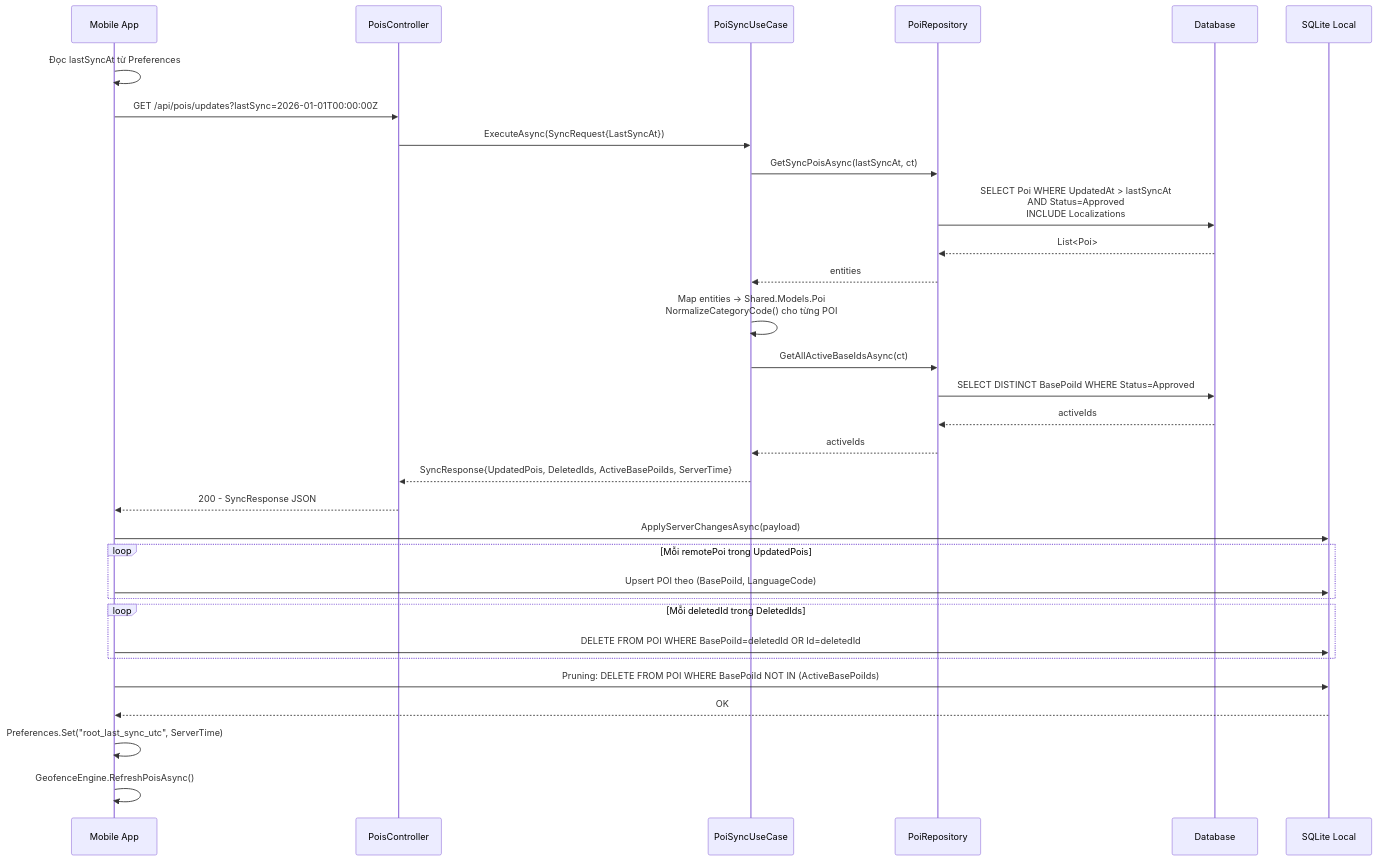
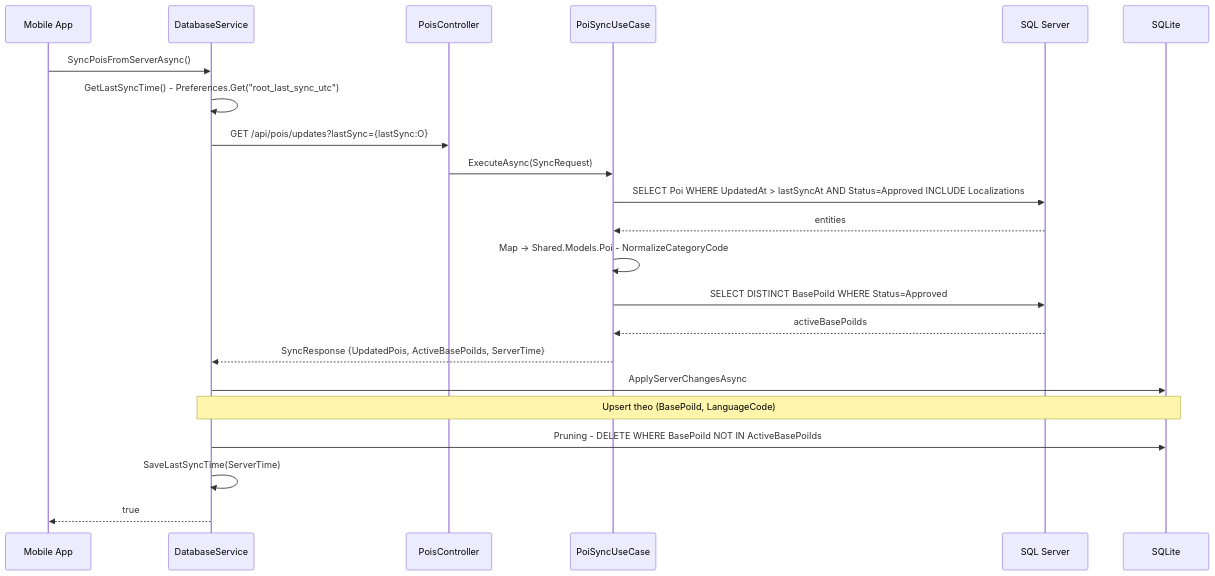
One commit to phamquyet47204/C-Sharp changed the eighth of 16 diagrams in README.md. Above: the diagram before and after it, drawn with Mermaid. The commit also changed other lines of this file, not shown here.

````diff
--- a/README.md
+++ b/README.md
@@ -874,36 +576,26 @@
 ```mermaid
 sequenceDiagram
   participant Mobile as Mobile App
+  participant DatabaseService
   participant PoisController
   participant PoiSyncUseCase
-  participant PoiRepository
-  participant DB as Database
-  participant SQLite as SQLite Local
+  participant DB as SQL Server
+  participant SQLite
 
-  Mobile->>Mobile: Đọc lastSyncAt từ Preferences
-  Mobile->>PoisController: GET /api/pois/updates?lastSync=2026-01-01T00:00:00Z
-  PoisController->>PoiSyncUseCase: ExecuteAsync(SyncRequest{LastSyncAt})
-  PoiSyncUseCase->>PoiRepository: GetSyncPoisAsync(lastSyncAt, ct)
-  PoiRepository->>DB: SELECT Poi WHERE UpdatedAt > lastSyncAt<br/>AND Status=Approved<br/>INCLUDE Localizations
-  DB-->>PoiRepository: List<Poi>
-  PoiRepository-->>PoiSyncUseCase: entities
-  PoiSyncUseCase->>PoiSyncUseCase: Map entities → Shared.Models.Poi<br/>NormalizeCategoryCode() cho từng POI
-  PoiSyncUseCase->>PoiRepository: GetAllActiveBaseIdsAsync(ct)
-  PoiRepository->>DB: SELECT DISTINCT BasePoiId WHERE Status=Approved
-  DB-->>PoiRepository: activeIds
-  PoiRepository-->>PoiSyncUseCase: activeIds
-  PoiSyncUseCase-->>PoisController: SyncResponse{UpdatedPois, DeletedIds, ActiveBasePoiIds, ServerTime}
-  PoisController-->>Mobile: 200 - SyncResponse JSON
+  Mobile->>DatabaseService: SyncPoisFromServerAsync()
+  DatabaseService->>DatabaseService: GetLastSyncTime() - Preferences.Get("root_last_sync_utc")
+  DatabaseService->>PoisController: GET /api/pois/updates?lastSync={lastSync:O}
+  PoisController->>PoiSyncUseCase: ExecuteAsync(SyncRequest)
+  PoiSyncUseCase->>DB: SELECT Poi WHERE UpdatedAt > lastSyncAt AND Status=Approved INCLUDE Localizations
+  DB-->>PoiSyncUseCase: entities
+  PoiSyncUseCase->>PoiSyncUseCase: Map → Shared.Models.Poi - NormalizeCategoryCode
+  PoiSyncUseCase->>DB: SELECT DISTINCT BasePoiId WHERE Status=Approved
+  DB-->>PoiSyncUseCase: activeBasePoiIds
+  PoiSyncUseCase-->>DatabaseService: SyncResponse {UpdatedPois, ActiveBasePoiIds, ServerTime}
 
-  Mobile->>SQLite: ApplyServerChangesAsync(payload)
-  loop Mỗi remotePoi trong UpdatedPois
-    Mobile->>SQLite: Upsert POI theo (BasePoiId, LanguageCode)
-  end
-  loop Mỗi deletedId trong DeletedIds
-    Mobile->>SQLite: DELETE FROM POI WHERE BasePoiId=deletedId OR Id=deletedId
-  end
-  Mobile->>SQLite: Pruning: DELETE FROM POI WHERE BasePoiId NOT IN (ActiveBasePoiIds)
-  SQLite-->>Mobile: OK
-  Mobile->>Mobile: Preferences.Set("root_last_sync_utc", ServerTime)
-  Mobile->>Mobile: GeofenceEngine.RefreshPoisAsync()
+  DatabaseService->>SQLite: ApplyServerChangesAsync
+  Note over DatabaseService,SQLite: Upsert theo (BasePoiId, LanguageCode)
+  DatabaseService->>SQLite: Pruning - DELETE WHERE BasePoiId NOT IN ActiveBasePoiIds
+  DatabaseService->>DatabaseService: SaveLastSyncTime(ServerTime)
+  DatabaseService-->>Mobile: true
 ```
````
